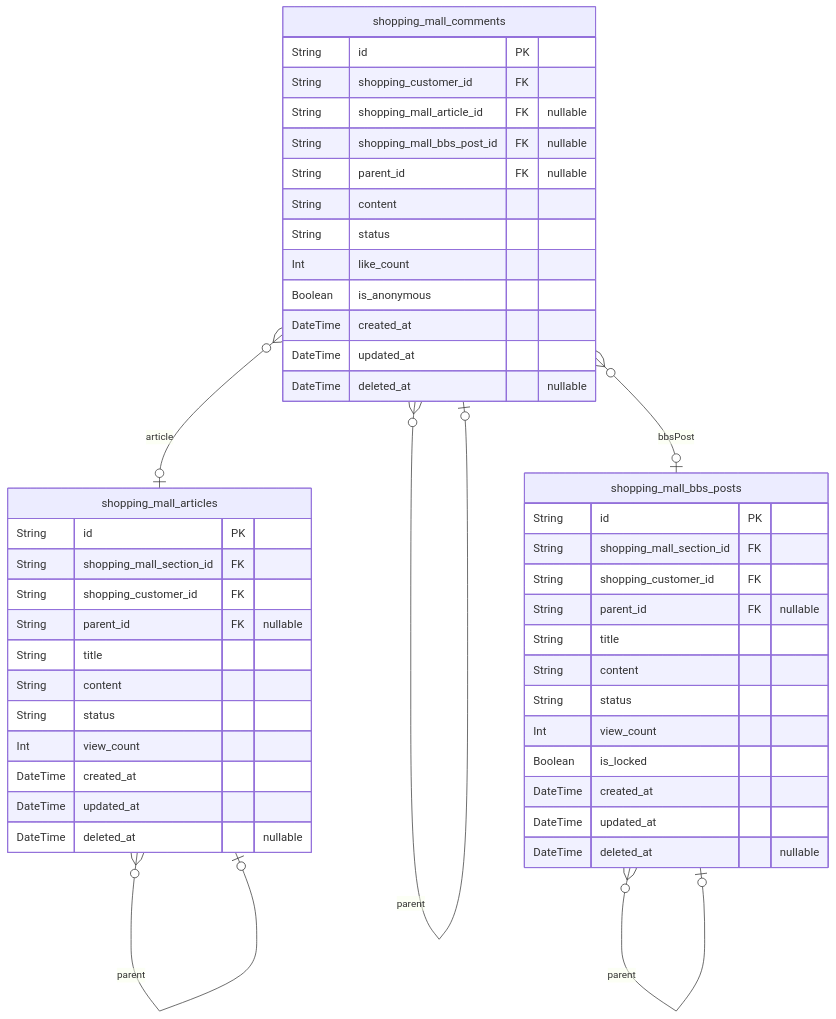
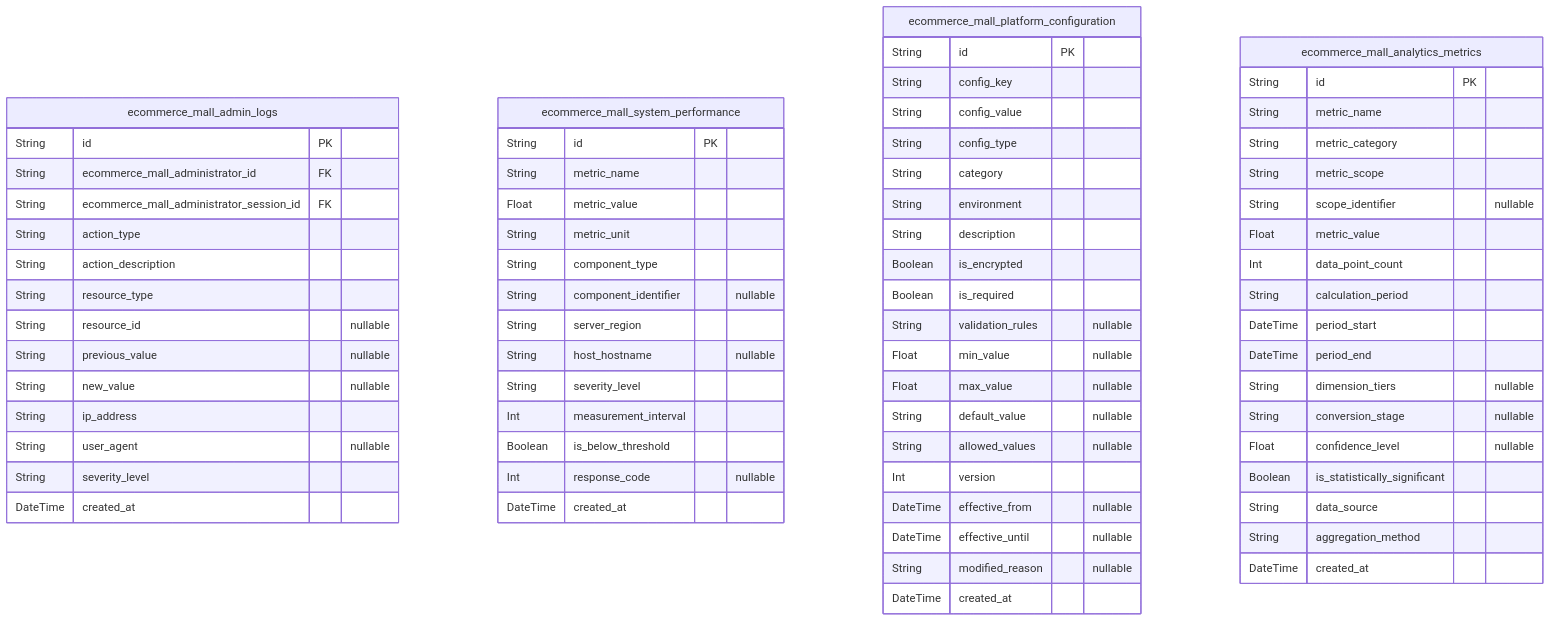
One commit to wrtnlabs/autobe-examples changed the tenth of 11 diagrams in moonshotai/kimi-k2-0905-exacto/shopping/docs/ERD.md. Above: the diagram before and after it, drawn with Mermaid. The commit also changed other lines of this file and 3761 other files, not shown here.

````diff
--- a/moonshotai/kimi-k2-0905-exacto/shopping/docs/ERD.md
+++ b/moonshotai/kimi-k2-0905-exacto/shopping/docs/ERD.md
@@ -1763,49 +2947,73 @@
 ```mermaid
 erDiagram
-"shopping_mall_articles" {
+"ecommerce_mall_admin_logs" {
   String id PK
-  String shopping_mall_section_id FK
-  String shopping_customer_id FK
-  String parent_id FK "nullable"
-  String title
-  String content
-  String status
-  Int view_count
+  String ecommerce_mall_administrator_id FK
+  String ecommerce_mall_administrator_session_id FK
+  String action_type
+  String action_description
+  String resource_type
+  String resource_id "nullable"
+  String previous_value "nullable"
+  String new_value "nullable"
+  String ip_address
+  String user_agent "nullable"
+  String severity_level
   DateTime created_at
-  DateTime updated_at
-  DateTime deleted_at "nullable"
 }
-"shopping_mall_bbs_posts" {
+"ecommerce_mall_system_performance" {
   String id PK
-  String shopping_mall_section_id FK
-  String shopping_customer_id FK
-  String parent_id FK "nullable"
-  String title
-  String content
-  String status
-  Int view_count
-  Boolean is_locked
+  String metric_name
+  Float metric_value
+  String metric_unit
+  String component_type
+  String component_identifier "nullable"
+  String server_region
+  String host_hostname "nullable"
+  String severity_level
+  Int measurement_interval
+  Boolean is_below_threshold
+  Int response_code "nullable"
   DateTime created_at
-  DateTime updated_at
-  DateTime deleted_at "nullable"
 }
-"shopping_mall_comments" {
+"ecommerce_mall_platform_configuration" {
   String id PK
-  String shopping_customer_id FK
-  String shopping_mall_article_id FK "nullable"
-  String shopping_mall_bbs_post_id FK "nullable"
-  String parent_id FK "nullable"
-  String content
-  String status
-  Int like_count
-  Boolean is_anonymous
+  String config_key
+  String config_value
+  String config_type
+  String category
+  String environment
+  String description
+  Boolean is_encrypted
+  Boolean is_required
+  String validation_rules "nullable"
+  Float min_value "nullable"
+  Float max_value "nullable"
+  String default_value "nullable"
+  String allowed_values "nullable"
+  Int version
+  DateTime effective_from "nullable"
+  DateTime effective_until "nullable"
+  String modified_reason "nullable"
   DateTime created_at
-  DateTime updated_at
-  DateTime deleted_at "nullable"
 }
-"shopping_mall_articles" }o--o| "shopping_mall_articles" : parent
-"shopping_mall_bbs_posts" }o--o| "shopping_mall_bbs_posts" : parent
-"shopping_mall_comments" }o--o| "shopping_mall_articles" : article
-"shopping_mall_comments" }o--o| "shopping_mall_bbs_posts" : bbsPost
-"shopping_mall_comments" }o--o| "shopping_mall_comments" : parent
+"ecommerce_mall_analytics_metrics" {
+  String id PK
+  String metric_name
+  String metric_category
+  String metric_scope
+  String scope_identifier "nullable"
+  Float metric_value
+  Int data_point_count
+  String calculation_period
+  DateTime period_start
+  DateTime period_end
+  String dimension_tiers "nullable"
+  String conversion_stage "nullable"
+  Float confidence_level "nullable"
+  Boolean is_statistically_significant
+  String data_source
+  String aggregation_method
+  DateTime created_at
+}
 ```
````
